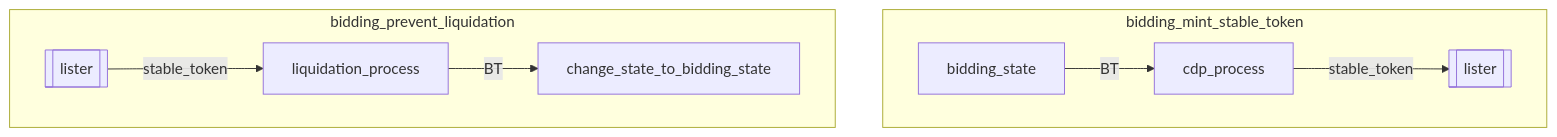
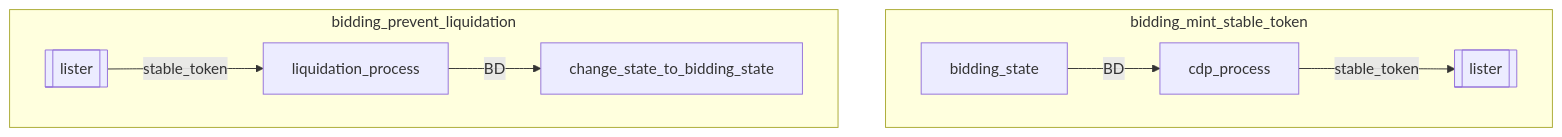
The fourth of 7 diagrams in x/nftmarket/spec/03_auction_state.md (UnUniFi/chain), drawn with Mermaid before and after one commit. The commit also changed other lines of this file and 3 other files, not shown here.

````diff
--- a/x/nftmarket/spec/03_auction_state.md
+++ b/x/nftmarket/spec/03_auction_state.md
@@ -115,16 +115,16 @@
 ```mermaid
 flowchart TD
 subgraph bidding_mint_stable_token
 	lister[[lister]]
 
-	bidding_state --BT--> cdp_process
+	bidding_state --BD--> cdp_process
 	cdp_process--stable_token--> lister
 end
 
 subgraph bidding_prevent_liquidation
 	lister2[[lister]]
 
 	lister2 --stable_token--> liquidation_process
-	liquidation_process--BT--> change_state_to_bidding_state
+	liquidation_process--BD--> change_state_to_bidding_state
 end
 ```
````
